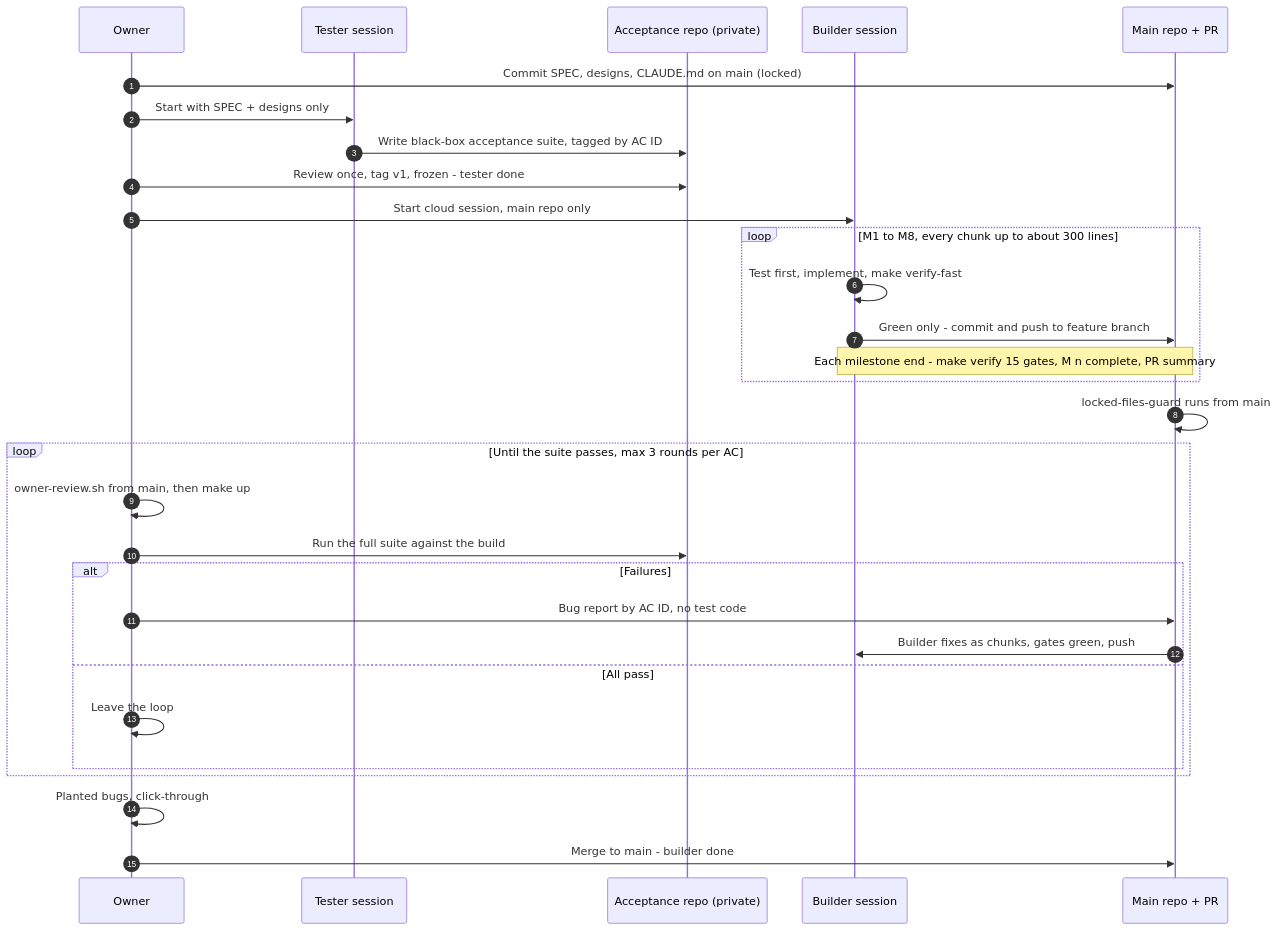
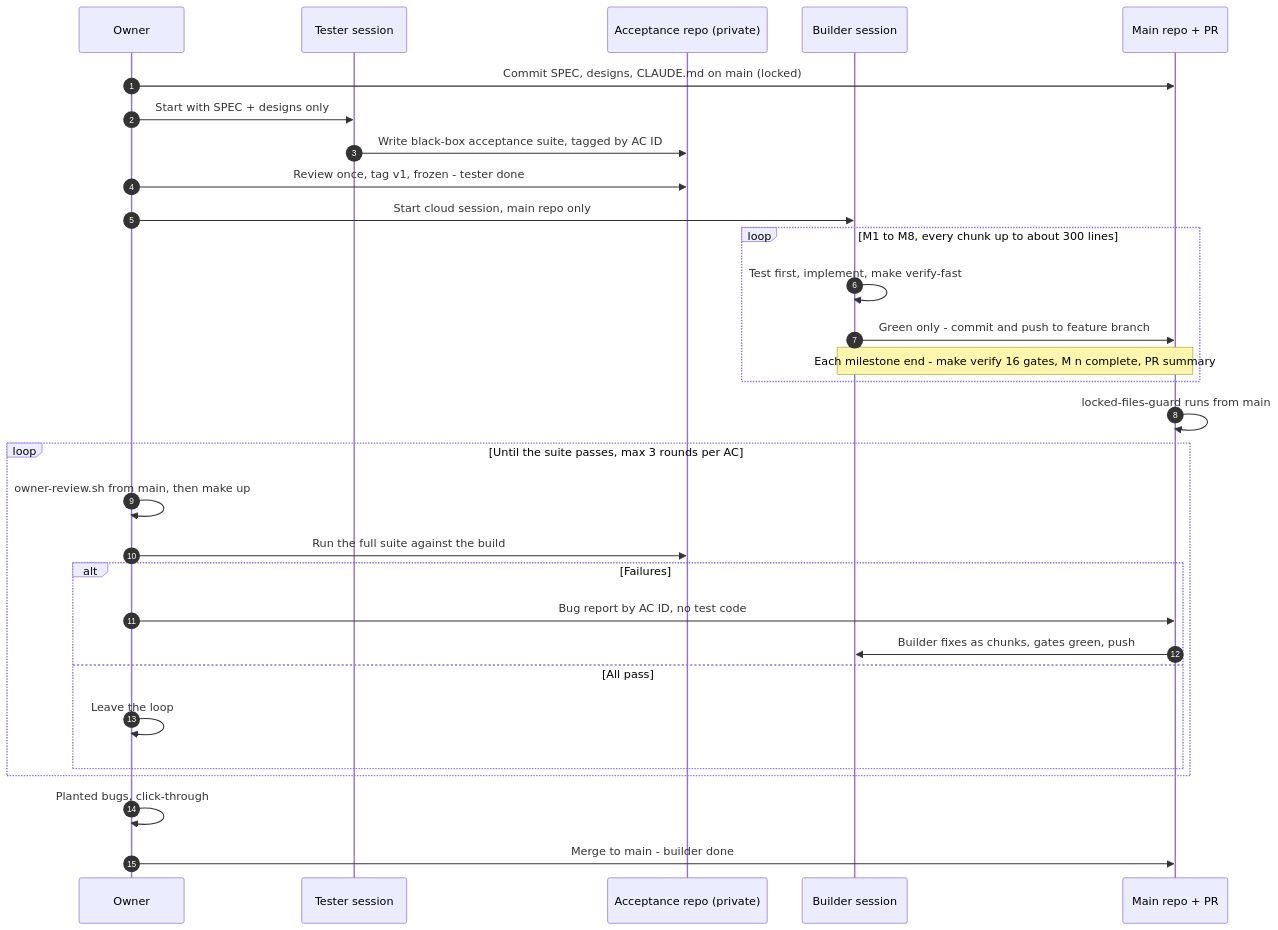
Before and after one commit to brakebg/feature-flag-system: the second of 3 diagrams in docs/VALIDATION.md, drawn with Mermaid. The commit also changed other lines of this file and 20 other files, not shown here.

````diff
--- a/docs/VALIDATION.md
+++ b/docs/VALIDATION.md
@@ -56,32 +56,32 @@
 ```mermaid
 sequenceDiagram
   autonumber
   participant O as Owner
   participant T as Tester session
   participant AR as Acceptance repo (private)
   participant B as Builder session
   participant R as Main repo + PR
   O->>R: Commit SPEC, designs, CLAUDE.md on main (locked)
   O->>T: Start with SPEC + designs only
   T->>AR: Write black-box acceptance suite, tagged by AC ID
   O->>AR: Review once, tag v1, frozen - tester done
   O->>B: Start cloud session, main repo only
   loop M1 to M8, every chunk up to about 300 lines
     B->>B: Test first, implement, make verify-fast
     B->>R: Green only - commit and push to feature branch
-    Note over B,R: Each milestone end - make verify 15 gates, M n complete, PR summary
+    Note over B,R: Each milestone end - make verify 16 gates, M n complete, PR summary
   end
   R->>R: locked-files-guard runs from main
   loop Until the suite passes, max 3 rounds per AC
     O->>O: owner-review.sh from main, then make up
     O->>AR: Run the full suite against the build
     alt Failures
       O->>R: Bug report by AC ID, no test code
       R->>B: Builder fixes as chunks, gates green, push
     else All pass
       O->>O: Leave the loop
     end
   end
   O->>O: Planted bugs, click-through
   O->>R: Merge to main - builder done
 ```
````
